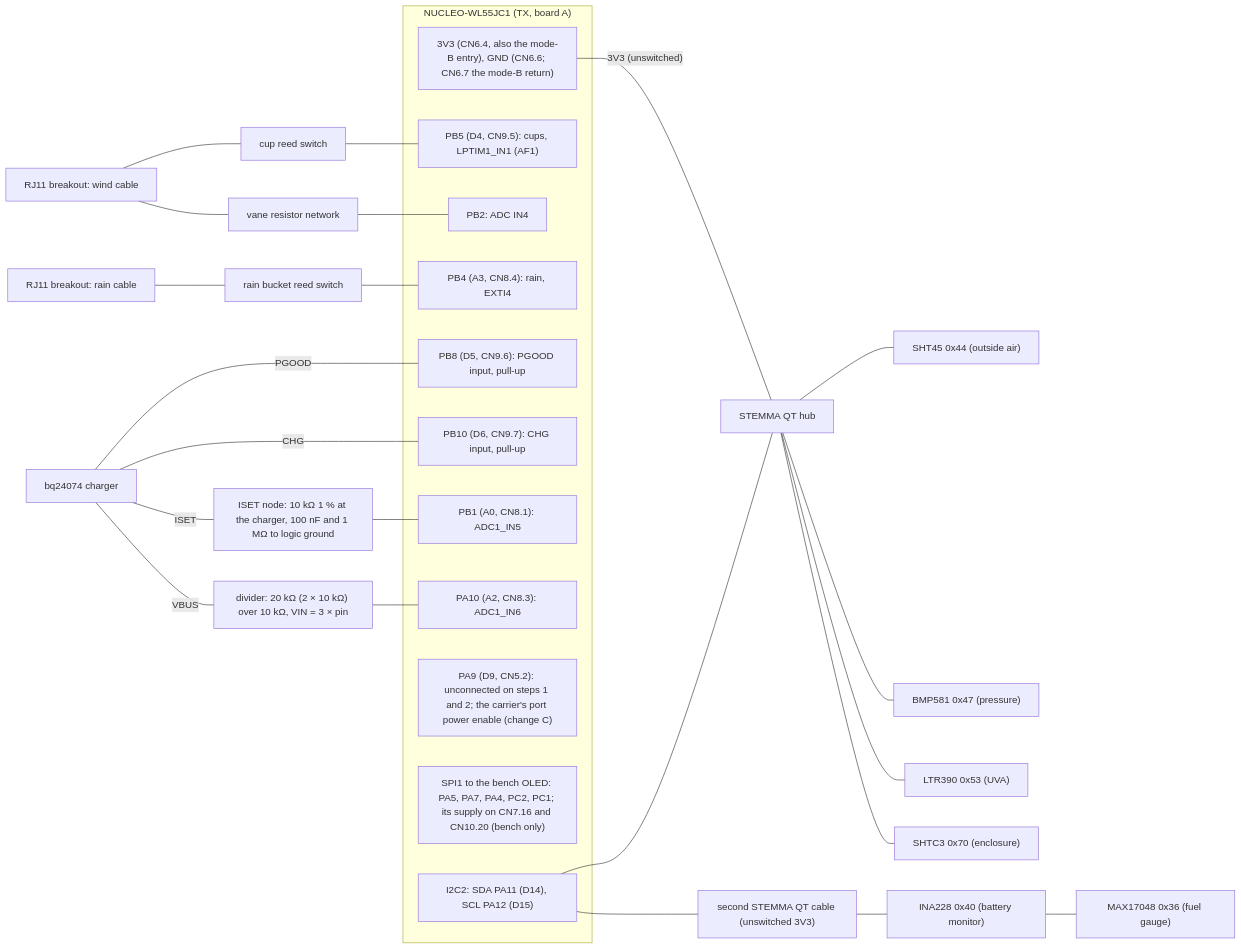
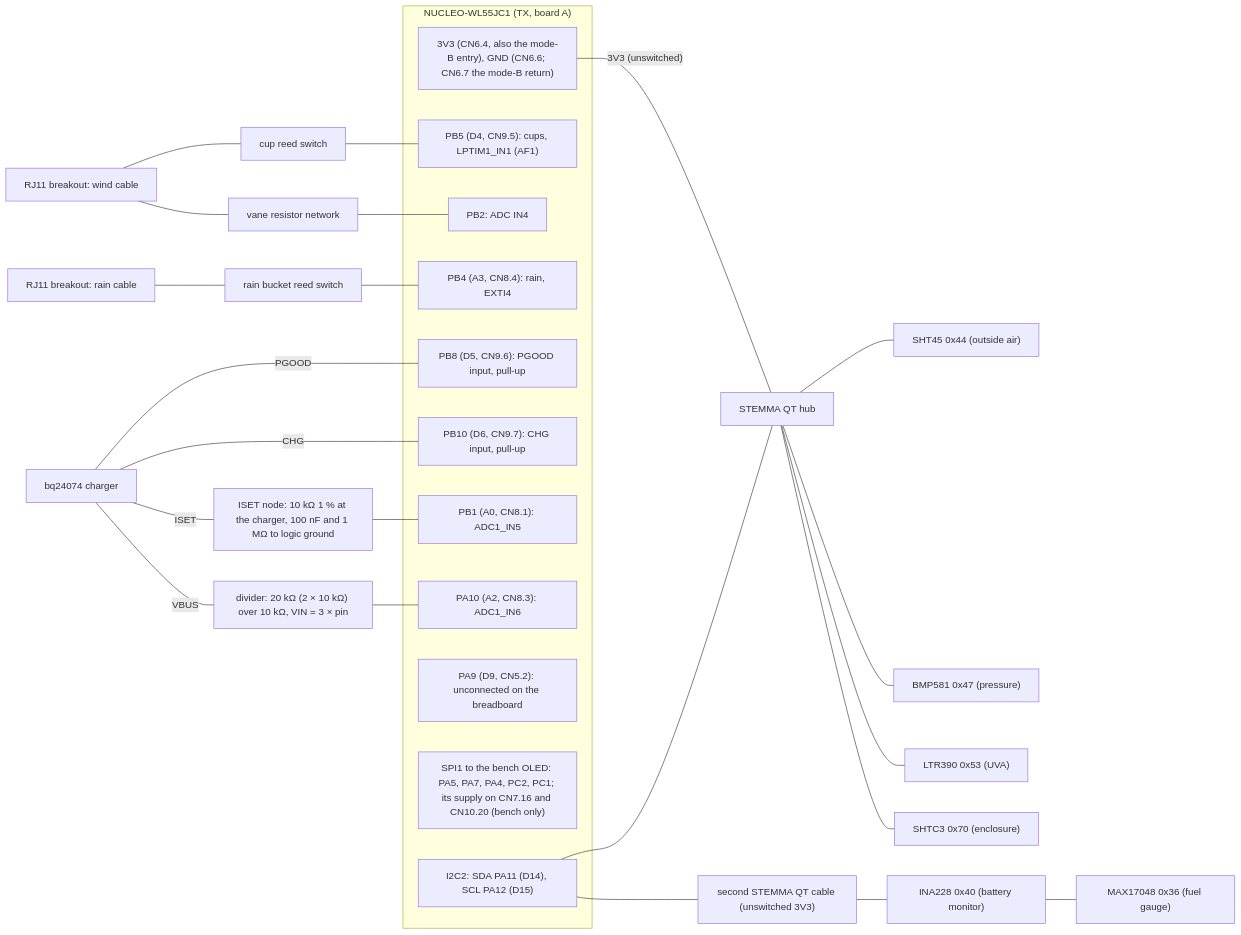
Before and after one commit to clintecker/weather-station-2026: the diagram in docs/hardware/bench-station-wiring.md, drawn with Mermaid. The commit also changed other lines of this file and 192 other files, not shown here.

````diff
--- a/docs/hardware/bench-station-wiring.md
+++ b/docs/hardware/bench-station-wiring.md
@@ -35,37 +34,37 @@
 ```mermaid
 flowchart LR
   subgraph N["NUCLEO-WL55JC1 (TX, board A)"]
     I2C["I2C2: SDA PA11 (D14), SCL PA12 (D15)"]
     PB5["PB5 (D4, CN9.5): cups, LPTIM1_IN1 (AF1)"]
     PB2["PB2: ADC IN4"]
     PB4["PB4 (A3, CN8.4): rain, EXTI4"]
     PB8["PB8 (D5, CN9.6): PGOOD input, pull-up"]
     PB10["PB10 (D6, CN9.7): CHG input, pull-up"]
     PB1["PB1 (A0, CN8.1): ADC1_IN5"]
     PA10["PA10 (A2, CN8.3): ADC1_IN6"]
-    PA9["PA9 (D9, CN5.2): unconnected on steps 1 and 2; the carrier's port power enable (change C)"]
+    PA9["PA9 (D9, CN5.2): unconnected on the breadboard"]
     SPI["SPI1 to the bench OLED: PA5, PA7, PA4, PC2, PC1; its supply on CN7.16 and CN10.20 (bench only)"]
     V33["3V3 (CN6.4, also the mode-B entry), GND (CN6.6; CN6.7 the mode-B return)"]
   end
   V33 -- "3V3 (unswitched)" --- HUB["STEMMA QT hub"]
   HUB --- SHT45["SHT45 0x44 (outside air)"]
   HUB --- BMP["BMP581 0x47 (pressure)"]
   HUB --- LTR["LTR390 0x53 (UVA)"]
   HUB --- SHTC3["SHTC3 0x70 (enclosure)"]
   QTM["second STEMMA QT cable (unswitched 3V3)"] --- INA["INA228 0x40 (battery monitor)"]
   INA --- MAX["MAX17048 0x36 (fuel gauge)"]
   I2C --- HUB
   I2C --- QTM
   RJW["RJ11 breakout: wind cable"] --- CUPS["cup reed switch"]
   RJW --- VANE["vane resistor network"]
   RJR["RJ11 breakout: rain cable"] --- RAIN["rain bucket reed switch"]
   CUPS --- PB5
   VANE --- PB2
   RAIN --- PB4
   BQ["bq24074 charger"] -- "PGOOD" --- PB8
   BQ -- "CHG" --- PB10
   BQ -- "ISET" --- ISETN["ISET node: 10 kΩ 1 % at the charger, 100 nF and 1 MΩ to logic ground"]
   ISETN --- PB1
   BQ -- "VBUS" --- DIV["divider: 20 kΩ (2 × 10 kΩ) over 10 kΩ, VIN = 3 × pin"]
   DIV --- PA10
 ```
````
